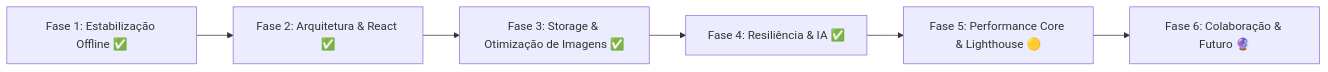
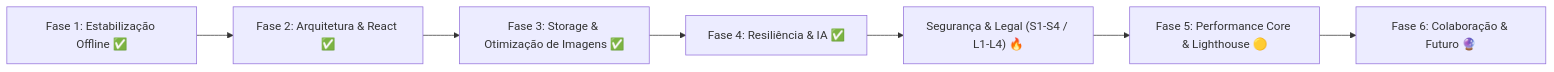
Before and after one commit to wagnergsantos/chef-digital: the diagram in docs/ROADMAP.md, drawn with Mermaid. The commit also changed other lines of this file and 9 other files, not shown here.

````diff
--- a/docs/ROADMAP.md
+++ b/docs/ROADMAP.md
@@ -12,8 +15,9 @@
 ```mermaid
 flowchart LR
     F1["Fase 1: Estabilização Offline ✅"] --> F2["Fase 2: Arquitetura & React ✅"]
     F2 --> F3["Fase 3: Storage & Otimização de Imagens ✅"]
     F3 --> F4["Fase 4: Resiliência & IA ✅"]
-    F4 --> F5["Fase 5: Performance Core & Lighthouse 🟡"]
+    F4 --> FS["Segurança & Legal (S1-S4 / L1-L4) 🔥"]
+    FS --> F5["Fase 5: Performance Core & Lighthouse 🟡"]
     F5 --> F6["Fase 6: Colaboração & Futuro 🔮"]
 ```
````
